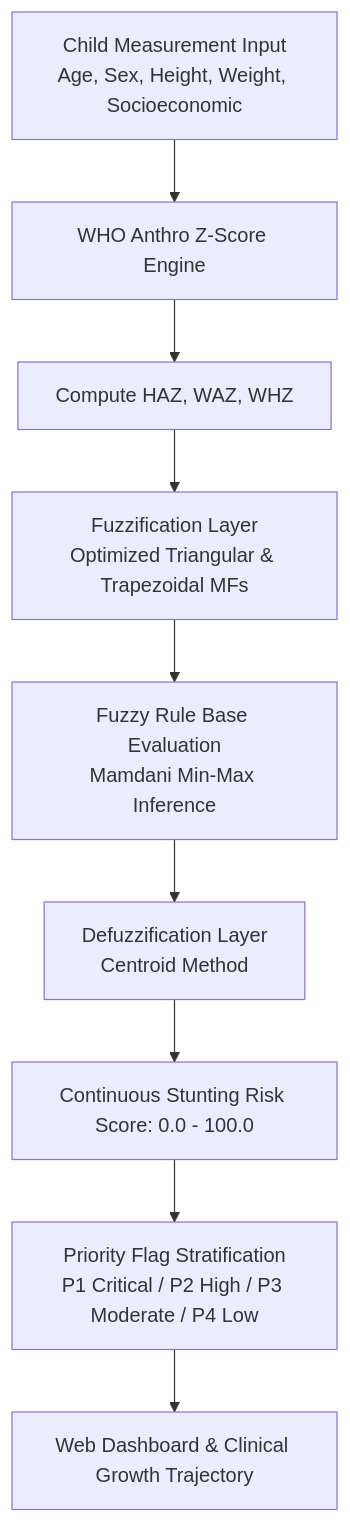
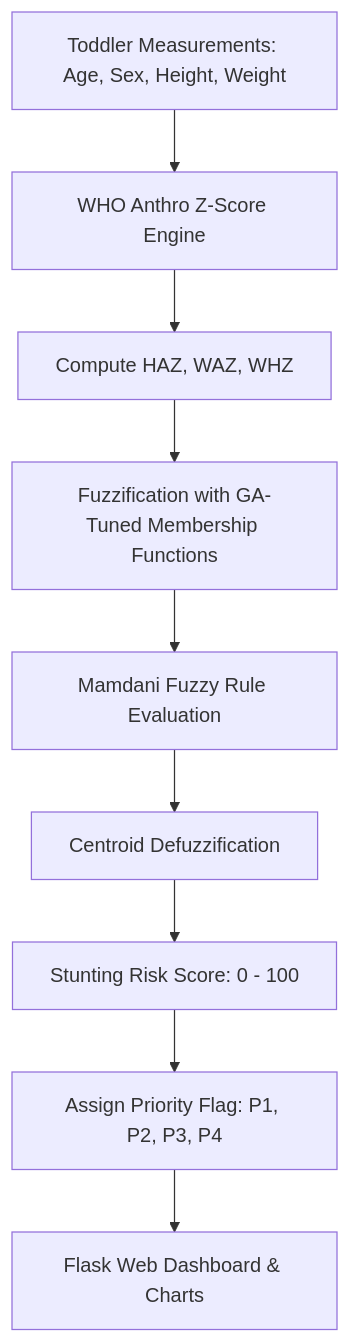
Before and after one commit to gerrardgs/Projects2: the diagram in README.md, drawn with Mermaid. The commit also changed other lines of this file and 17 other files, not shown here.

````diff
--- a/README.md
+++ b/README.md
@@ -50,11 +36,11 @@
 ```mermaid
 flowchart TD
-    A[Child Measurement Input<br/>Age, Sex, Height, Weight, Socioeconomic] --> B[WHO Anthro Z-Score Engine]
+    A[Toddler Measurements: Age, Sex, Height, Weight] --> B[WHO Anthro Z-Score Engine]
     B --> C[Compute HAZ, WAZ, WHZ]
-    C --> D[Fuzzification Layer<br/>Optimized Triangular & Trapezoidal MFs]
-    D --> E[Fuzzy Rule Base Evaluation<br/>Mamdani Min-Max Inference]
-    E --> F[Defuzzification Layer<br/>Centroid Method]
-    F --> G[Continuous Stunting Risk Score: 0.0 - 100.0]
-    G --> H[Priority Flag Stratification<br/>P1 Critical / P2 High / P3 Moderate / P4 Low]
-    H --> I[Web Dashboard & Clinical Growth Trajectory]
+    C --> D[Fuzzification with GA-Tuned Membership Functions]
+    D --> E[Mamdani Fuzzy Rule Evaluation]
+    E --> F[Centroid Defuzzification]
+    F --> G[Stunting Risk Score: 0 - 100]
+    G --> H[Assign Priority Flag: P1, P2, P3, P4]
+    H --> I[Flask Web Dashboard & Charts]
 ```
````
